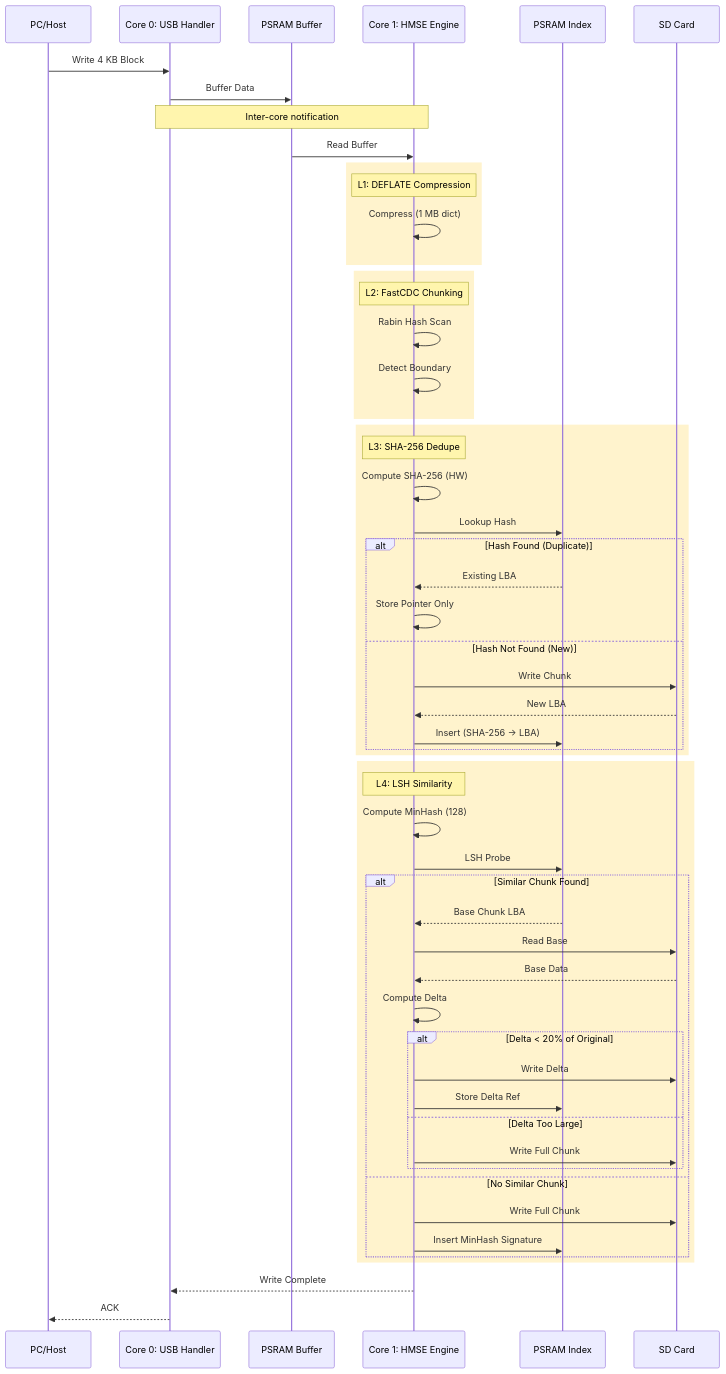
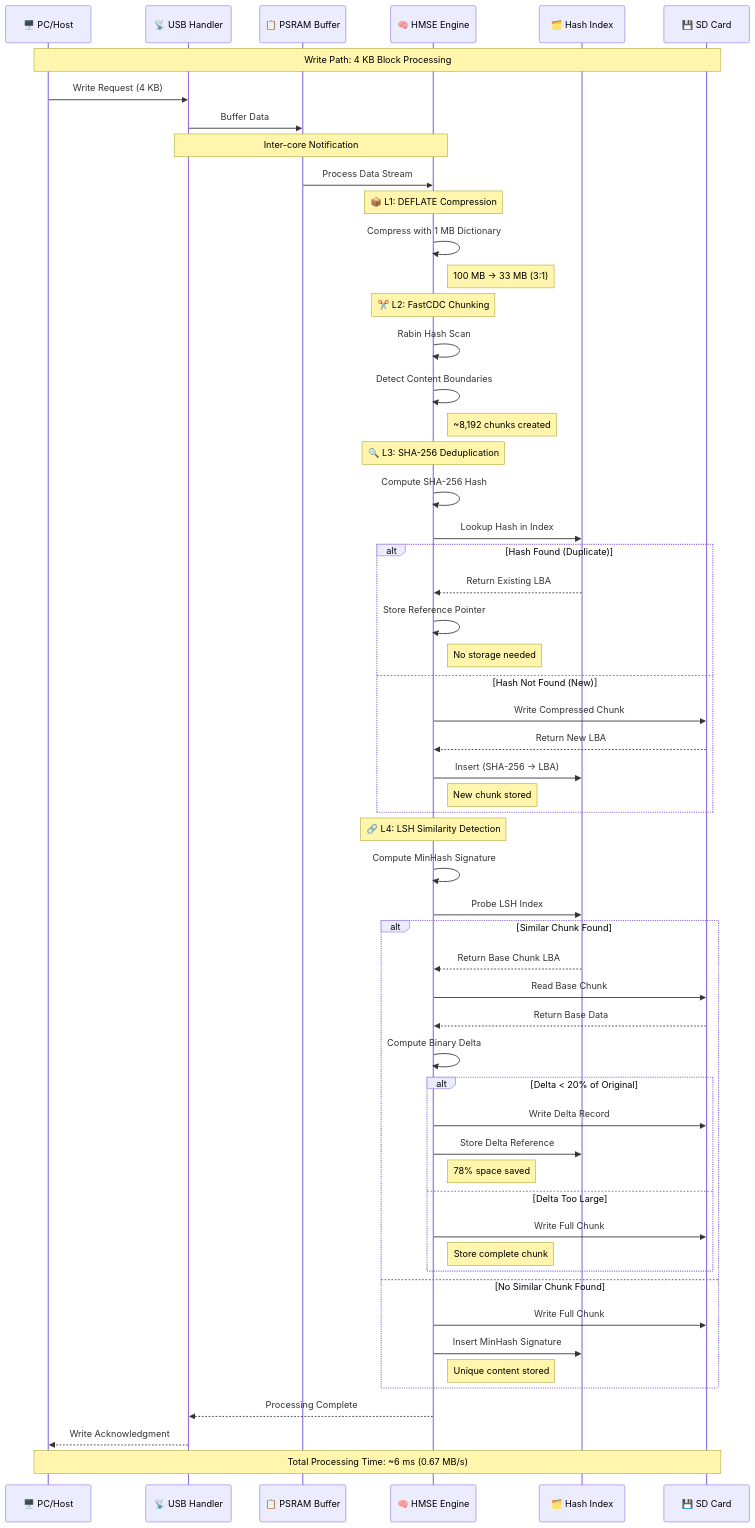
One commit to 1Jamie/HMSE changed the fourth of 5 diagrams in README.md. Above: the diagram before and after it, drawn with Mermaid. The commit also changed other lines of this file and 1 other file, not shown here.

````diff
--- a/README.md
+++ b/README.md
@@ -590,68 +855,75 @@
 ```mermaid
 sequenceDiagram
-    participant Host as PC/Host
-    participant USB as Core 0: USB Handler
-    participant Buf as PSRAM Buffer
-    participant Eng as Core 1: HMSE Engine
-    participant Idx as PSRAM Index
-    participant SD as SD Card
+    participant Host as 🖥️ PC/Host
+    participant USB as 📡 USB Handler
+    participant Buffer as 📋 PSRAM Buffer
+    participant Engine as 🧠 HMSE Engine
+    participant Index as 🗂️ Hash Index
+    participant Storage as 💾 SD Card
 
-    Host->>USB: Write 4 KB Block
-    USB->>Buf: Buffer Data
+    Note over Host,Storage: Write Path: 4 KB Block Processing
+
+    %% Initial Data Transfer
+    Host->>USB: Write Request (4 KB)
+    USB->>Buffer: Buffer Data
+    Note over USB,Engine: Inter-core Notification
+    Buffer->>Engine: Process Data Stream
+
+    %% Layer 1: Compression
+    Note over Engine: 📦 L1: DEFLATE Compression
+    Engine->>Engine: Compress with 1 MB Dictionary
+    Note right of Engine: 100 MB → 33 MB (3:1)
+
+    %% Layer 2: Chunking  
+    Note over Engine: ✂️ L2: FastCDC Chunking
+    Engine->>Engine: Rabin Hash Scan
+    Engine->>Engine: Detect Content Boundaries
+    Note right of Engine: ~8,192 chunks created
+
+    %% Layer 3: Exact Deduplication
+    Note over Engine: 🔍 L3: SHA-256 Deduplication
+    Engine->>Engine: Compute SHA-256 Hash
+    Engine->>Index: Lookup Hash in Index
     
-    Note over USB,Eng: Inter-core notification
+    alt Hash Found (Duplicate)
+        Index-->>Engine: Return Existing LBA
+        Engine->>Engine: Store Reference Pointer
+        Note right of Engine: No storage needed
+    else Hash Not Found (New)
+        Engine->>Storage: Write Compressed Chunk
+        Storage-->>Engine: Return New LBA
+        Engine->>Index: Insert (SHA-256 → LBA)
+        Note right of Engine: New chunk stored
+    end
+
+    %% Layer 4: Similarity Detection
+    Note over Engine: 🔗 L4: LSH Similarity Detection
+    Engine->>Engine: Compute MinHash Signature
+    Engine->>Index: Probe LSH Index
     
-    Buf->>Eng: Read Buffer
+    alt Similar Chunk Found
+        Index-->>Engine: Return Base Chunk LBA
+        Engine->>Storage: Read Base Chunk
+        Storage-->>Engine: Return Base Data
+        Engine->>Engine: Compute Binary Delta
+        
+        alt Delta < 20% of Original
+            Engine->>Storage: Write Delta Record
+            Engine->>Index: Store Delta Reference
+            Note right of Engine: 78% space saved
+        else Delta Too Large
+            Engine->>Storage: Write Full Chunk
+            Note right of Engine: Store complete chunk
+        end
+    else No Similar Chunk Found
+        Engine->>Storage: Write Full Chunk
+        Engine->>Index: Insert MinHash Signature
+        Note right of Engine: Unique content stored
+    end
+
+    %% Completion
+    Engine-->>USB: Processing Complete
+    USB-->>Host: Write Acknowledgment
     
-    rect rgb(255, 243, 205)
-        Note over Eng: L1: DEFLATE Compression
-        Eng->>Eng: Compress (1 MB dict)
-    end
-    
-    rect rgb(255, 243, 205)
-        Note over Eng: L2: FastCDC Chunking
-        Eng->>Eng: Rabin Hash Scan
-        Eng->>Eng: Detect Boundary
-    end
-    
-    rect rgb(255, 243, 205)
-        Note over Eng: L3: SHA-256 Dedupe
-        Eng->>Eng: Compute SHA-256 (HW)
-        Eng->>Idx: Lookup Hash
-        
-        alt Hash Found (Duplicate)
-            Idx-->>Eng: Existing LBA
-            Eng->>Eng: Store Pointer Only
-        else Hash Not Found (New)
-            Eng->>SD: Write Chunk
-            SD-->>Eng: New LBA
-            Eng->>Idx: Insert (SHA-256 → LBA)
-        end
-    end
-    
-    rect rgb(255, 243, 205)
-        Note over Eng: L4: LSH Similarity
-        Eng->>Eng: Compute MinHash (128)
-        Eng->>Idx: LSH Probe
-        
-        alt Similar Chunk Found
-            Idx-->>Eng: Base Chunk LBA
-            Eng->>SD: Read Base
-            SD-->>Eng: Base Data
-            Eng->>Eng: Compute Delta
-            
-            alt Delta < 20% of Original
-                Eng->>SD: Write Delta
-                Eng->>Idx: Store Delta Ref
-            else Delta Too Large
-                Eng->>SD: Write Full Chunk
-            end
-        else No Similar Chunk
-            Eng->>SD: Write Full Chunk
-            Eng->>Idx: Insert MinHash Signature
-        end
-    end
-    
-    Eng-->>USB: Write Complete
-    USB-->>Host: ACK
+    Note over Host,Storage: Total Processing Time: ~6 ms (0.67 MB/s)
 ```
````
